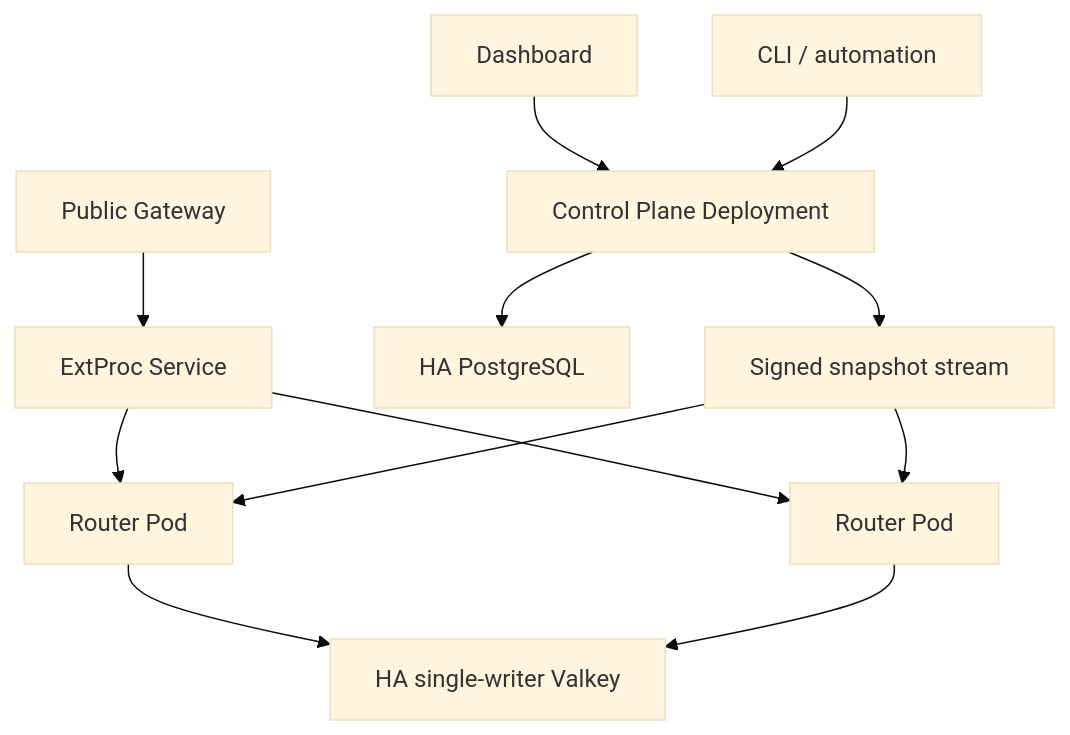
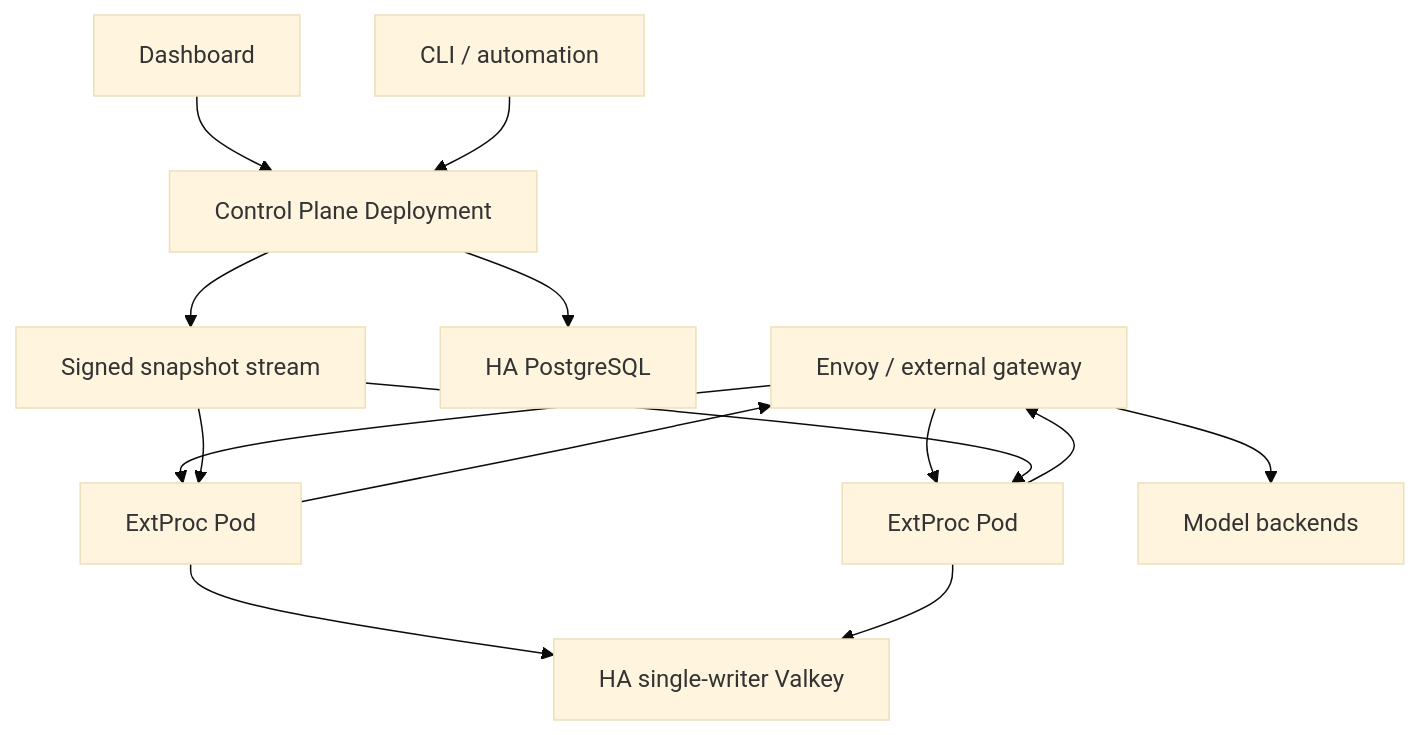
One commit to vllm-project/semantic-router changed the diagram in website/docs/proposals/router-native-access-control-deployment.md. Above: the diagram before and after it, drawn with Mermaid (base theme). The commit also changed other lines of this file and 18 other files, not shown here.

````diff
--- a/website/docs/proposals/router-native-access-control-deployment.md
+++ b/website/docs/proposals/router-native-access-control-deployment.md
@@ -409,16 +413,18 @@
 ```mermaid
 flowchart TB
-    Public["Public Gateway"] --> ES["ExtProc Service"]
-    ES --> R1["Router Pod"]
-    ES --> R2["Router Pod"]
+    Public["Envoy / external gateway"] --> R1["ExtProc Pod"]
+    Public --> R2["ExtProc Pod"]
+    R1 --> Public
+    R2 --> Public
+    Public --> Models["Model backends"]
 
     UI["Dashboard"] --> CP["Control Plane Deployment"]
     Automation["CLI / automation"] --> CP
     CP --> DB["HA PostgreSQL"]
     CP --> PS["Signed snapshot stream"]
     PS --> R1
     PS --> R2
 
     R1 --> KV["HA single-writer Valkey"]
     R2 --> KV
 ```
````
